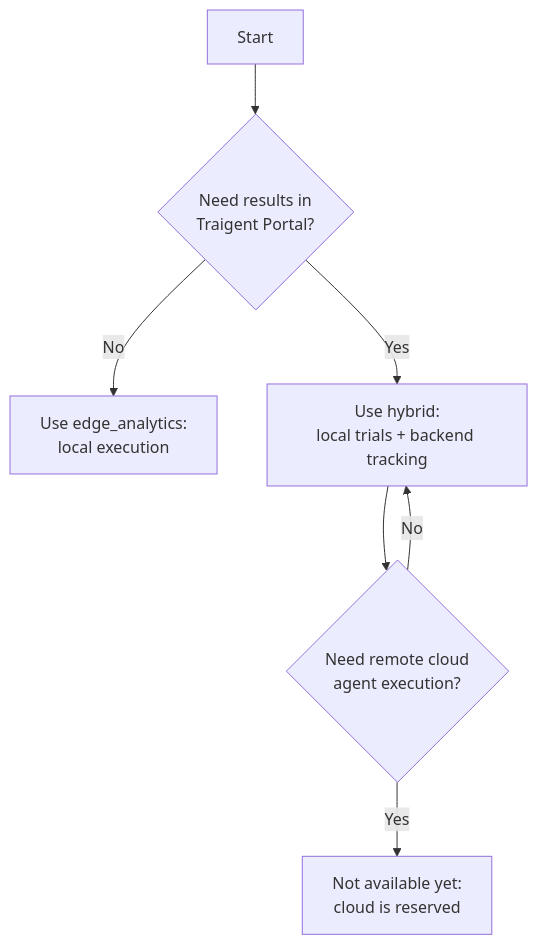
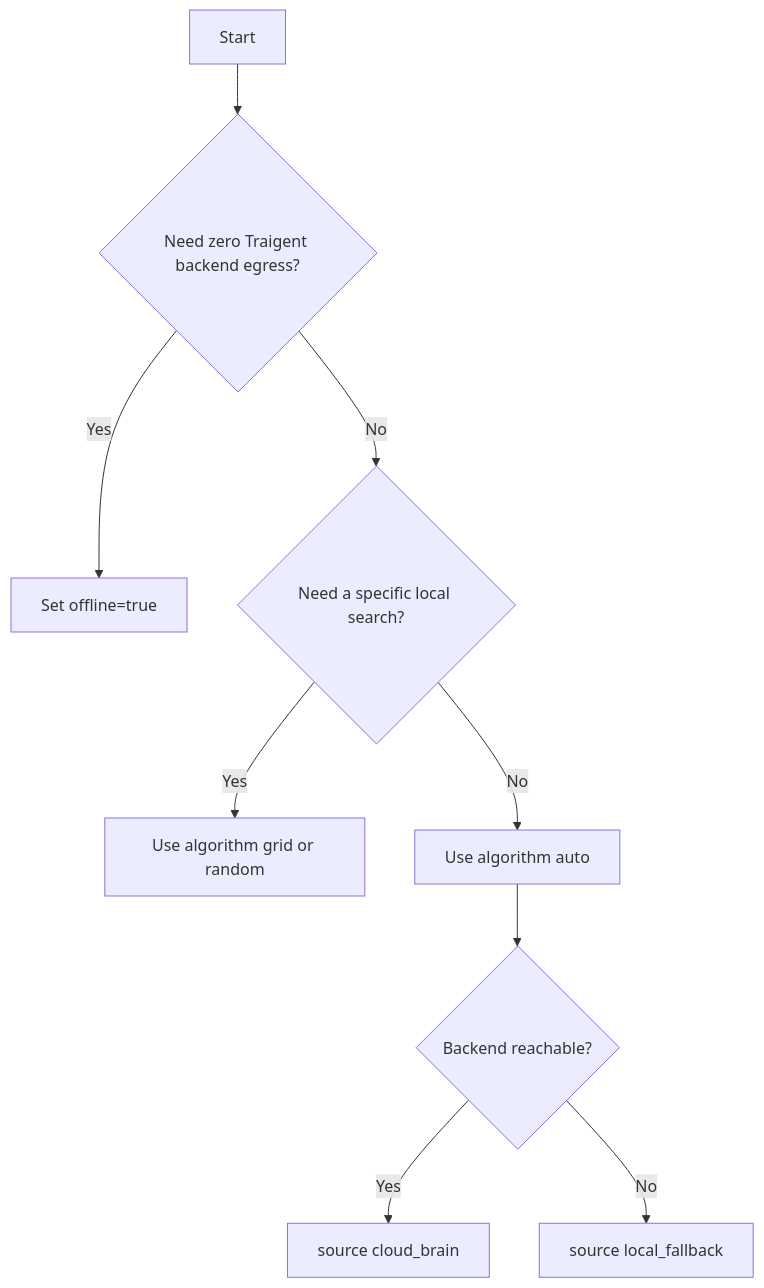
The diagram in docs/user-guide/choosing_optimization_model.md (Traigent/Traigent), drawn with Mermaid before and after one commit. The commit also changed other lines of this file and 247 other files, not shown here.

````diff
--- a/docs/user-guide/choosing_optimization_model.md
+++ b/docs/user-guide/choosing_optimization_model.md
@@ -9,9 +20,11 @@
 ```mermaid
 graph TD
-    A[Start] --> B{Need results in<br/>Traigent Portal?}
-    B -->|No| C[Use edge_analytics:<br/>local execution]
-    B -->|Yes| D[Use hybrid:<br/>local trials + backend tracking]
-    D --> E{Need remote cloud<br/>agent execution?}
-    E -->|Yes| F[Not available yet:<br/>cloud is reserved]
-    E -->|No| D
+    A[Start] --> B{Need zero Traigent backend egress?}
+    B -->|Yes| C[Set offline=true]
+    B -->|No| D{Need a specific local search?}
+    D -->|Yes| E[Use algorithm grid or random]
+    D -->|No| F[Use algorithm auto]
+    F --> G{Backend reachable?}
+    G -->|Yes| H[source cloud_brain]
+    G -->|No| I[source local_fallback]
 ```
````
